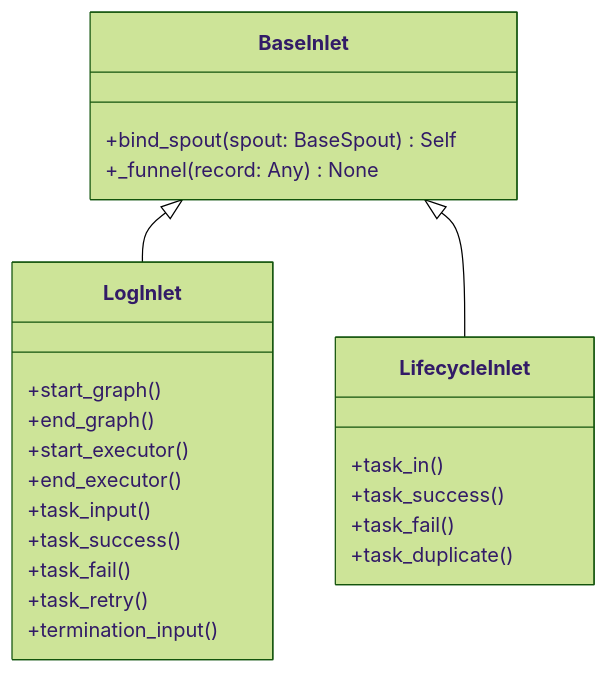
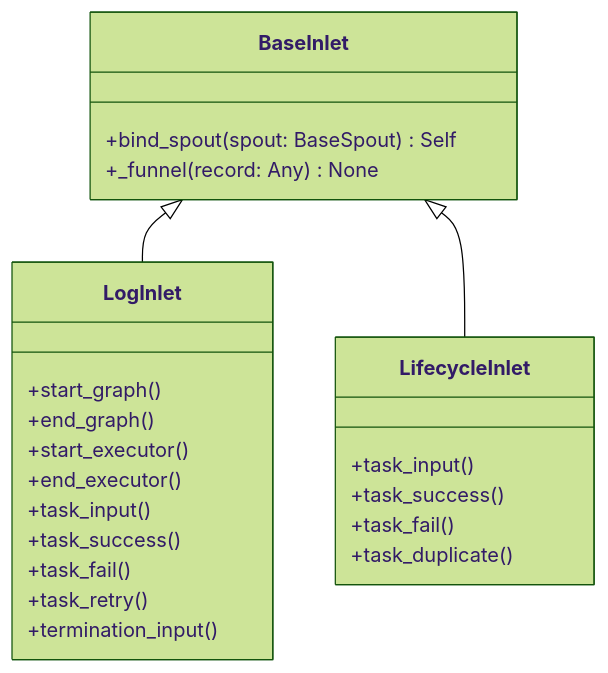
The diagram in docs/zh-CN/src/funnel/core_inlet.md (Mr-xiaotian/CelestialFlow), drawn with Mermaid (forest theme) before and after one commit. The commit also changed other lines of this file and 80 other files, not shown here.

````diff
--- a/docs/zh-CN/src/funnel/core_inlet.md
+++ b/docs/zh-CN/src/funnel/core_inlet.md
@@ -67,26 +67,26 @@
 ```mermaid
 classDiagram
     class BaseInlet {
         +bind_spout(spout: BaseSpout) Self
         +_funnel(record: Any) None
     }
     class LogInlet {
         +start_graph()
         +end_graph()
         +start_executor()
         +end_executor()
         +task_input()
         +task_success()
         +task_fail()
         +task_retry()
         +termination_input()
     }
     class LifecycleInlet {
-        +task_in()
+        +task_input()
         +task_success()
         +task_fail()
         +task_duplicate()
     }
     BaseInlet <|-- LogInlet
     BaseInlet <|-- LifecycleInlet
 ```
````
